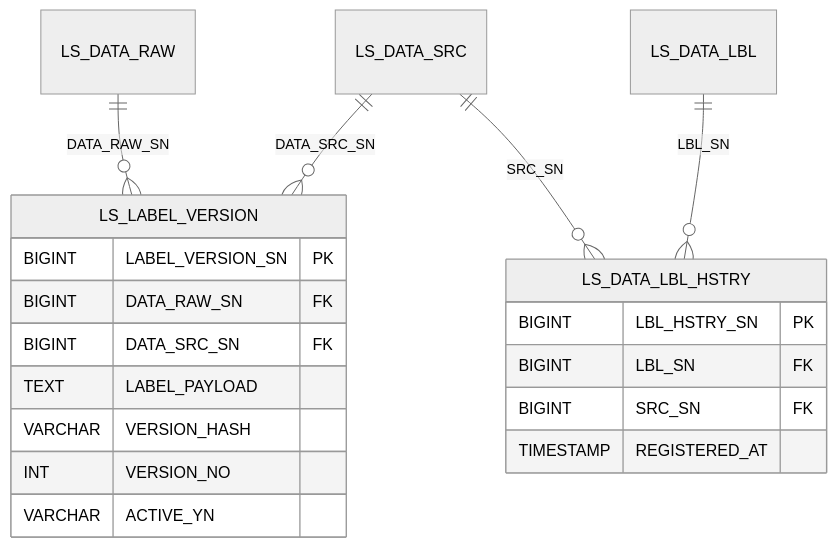
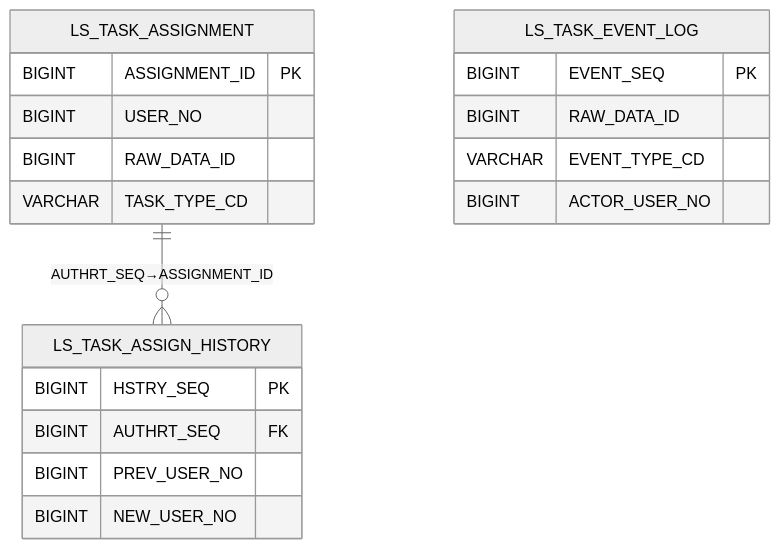
Before and after one commit to New-stella/klid-label: the seventh of 12 diagrams in docs/design/D8-엔티티관계모형설계서.md, drawn with Mermaid (neutral theme). The commit also changed other lines of this file and 36 other files, not shown here.

````diff
--- a/docs/design/D8-엔티티관계모형설계서.md
+++ b/docs/design/D8-엔티티관계모형설계서.md
@@ -213,23 +255,23 @@
 ```mermaid
 erDiagram
-    LS_DATA_RAW ||--o{ LS_LABEL_VERSION : "DATA_RAW_SN"
-    LS_DATA_SRC ||--o{ LS_LABEL_VERSION : "DATA_SRC_SN"
-    LS_DATA_LBL ||--o{ LS_DATA_LBL_HSTRY : "LBL_SN"
-    LS_DATA_SRC ||--o{ LS_DATA_LBL_HSTRY : "SRC_SN"
+    LS_TASK_ASSIGNMENT ||--o{ LS_TASK_ASSIGN_HISTORY : "AUTHRT_SEQ→ASSIGNMENT_ID"
 
-    LS_LABEL_VERSION {
-        BIGINT LABEL_VERSION_SN PK
-        BIGINT DATA_RAW_SN FK
-        BIGINT DATA_SRC_SN FK
-        TEXT LABEL_PAYLOAD
-        VARCHAR VERSION_HASH
-        INT VERSION_NO
-        VARCHAR ACTIVE_YN
+    LS_TASK_ASSIGNMENT {
+        BIGINT ASSIGNMENT_ID PK
+        BIGINT USER_NO
+        BIGINT RAW_DATA_ID
+        VARCHAR TASK_TYPE_CD
     }
-    LS_DATA_LBL_HSTRY {
-        BIGINT LBL_HSTRY_SN PK
-        BIGINT LBL_SN FK
-        BIGINT SRC_SN FK
-        TIMESTAMP REGISTERED_AT
+    LS_TASK_ASSIGN_HISTORY {
+        BIGINT HSTRY_SEQ PK
+        BIGINT AUTHRT_SEQ FK
+        BIGINT PREV_USER_NO
+        BIGINT NEW_USER_NO
+    }
+    LS_TASK_EVENT_LOG {
+        BIGINT EVENT_SEQ PK
+        BIGINT RAW_DATA_ID
+        VARCHAR EVENT_TYPE_CD
+        BIGINT ACTOR_USER_NO
     }
 ```
````
